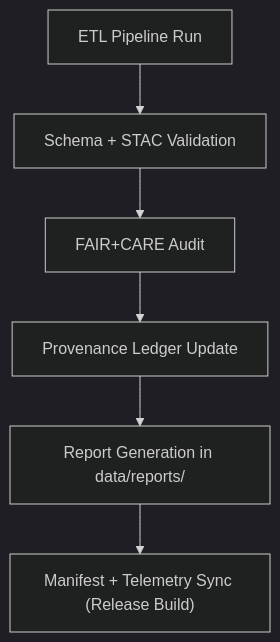
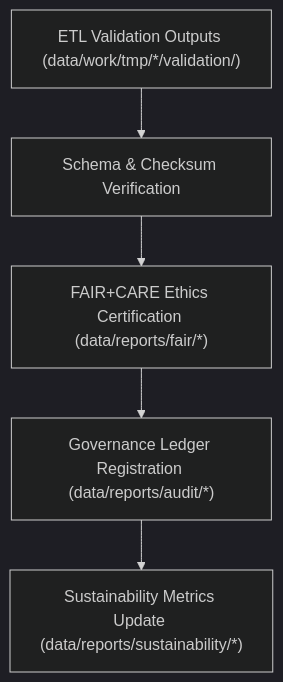
The diagram in data/reports/README.md (bartytime4life/Kansas-Frontier-Matrix), drawn with Mermaid (dark theme) before and after one commit. The commit also changed other lines of this file, not shown here.

First line of the commit message:
Revise README for reports and governance updates

````diff
--- a/data/reports/README.md
+++ b/data/reports/README.md
@@ -82,8 +134,7 @@
 ```mermaid
 flowchart TD
-  A["ETL Pipeline Run"] --> B["Schema + STAC Validation"]
-  B --> C["FAIR+CARE Audit"]
-  C --> D["Provenance Ledger Update"]
-  D --> E["Report Generation in data/reports/"]
-  E --> F["Manifest + Telemetry Sync (Release Build)"]
+    A["ETL Validation Outputs (data/work/tmp/*/validation/)"] --> B["Schema & Checksum Verification"]
+    B --> C["FAIR+CARE Ethics Certification (data/reports/fair/*)"]
+    C --> D["Governance Ledger Registration (data/reports/audit/*)"]
+    D --> E["Sustainability Metrics Update (data/reports/sustainability/*)"]
 ```
````
